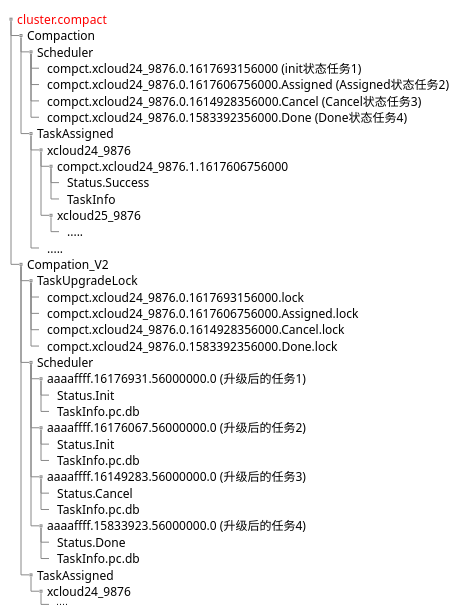
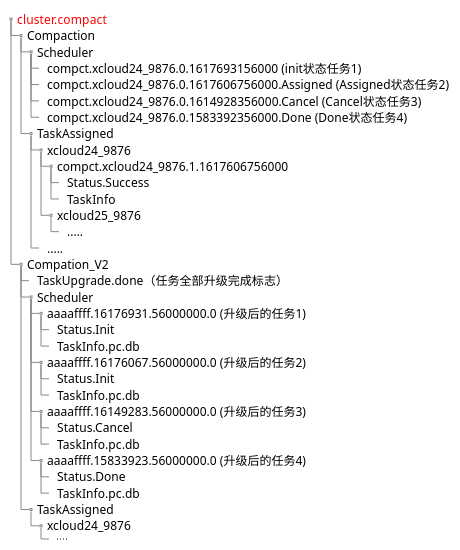
The fourth of 10 diagrams in 东方国信工作资料/compaction/Compaction任务升级方案.md (HarpsealCC/note), drawn with PlantUML before and after one commit. The commit also changed other lines of this file and 1 other file, not shown here.

````diff
--- a/东方国信工作资料/compaction/Compaction任务升级方案.md
+++ b/东方国信工作资料/compaction/Compaction任务升级方案.md
@@ -28,45 +77,41 @@
 ```plantuml
 @startsalt
 {
 {T
  + <color:red>cluster.compact
  ++ Compaction
  +++ Scheduler
  ++++ compct.xcloud24_9876.0.1617693156000 (init状态任务1)
  ++++ compct.xcloud24_9876.0.1617606756000.Assigned (Assigned状态任务2)
  ++++ compct.xcloud24_9876.0.1614928356000.Cancel (Cancel状态任务3)
  ++++ compct.xcloud24_9876.0.1583392356000.Done (Done状态任务4)
  +++ TaskAssigned
  ++++ xcloud24_9876
  +++++ compct.xcloud24_9876.1.1617606756000
  ++++++ Status.Success
  ++++++ TaskInfo
  +++++ xcloud25_9876
  ++++++ .....
  ++++ .....
  ++ Compation_V2
- +++ TaskUpgradeLock
- ++++ compct.xcloud24_9876.0.1617693156000.lock
- ++++ compct.xcloud24_9876.0.1617606756000.Assigned.lock
- ++++ compct.xcloud24_9876.0.1614928356000.Cancel.lock
- ++++ compct.xcloud24_9876.0.1583392356000.Done.lock
+ +++ TaskUpgrade.done（任务全部升级完成标志）
  +++ Scheduler
  ++++ aaaaffff.16176931.56000000.0 (升级后的任务1)
  +++++ Status.Init
  +++++ TaskInfo.pc.db
  ++++ aaaaffff.16176067.56000000.0 (升级后的任务2)
  +++++ Status.Init
  +++++ TaskInfo.pc.db
  ++++ aaaaffff.16149283.56000000.0 (升级后的任务3)
  +++++ Status.Cancel
  +++++ TaskInfo.pc.db
  ++++ aaaaffff.15833923.56000000.0 (升级后的任务4)
  +++++ Status.Done
  +++++ TaskInfo.pc.db
  +++ TaskAssigned
  ++++ xcloud24_9876
  +++++ ....
 }
 }
 @endsalt
 ```
````
